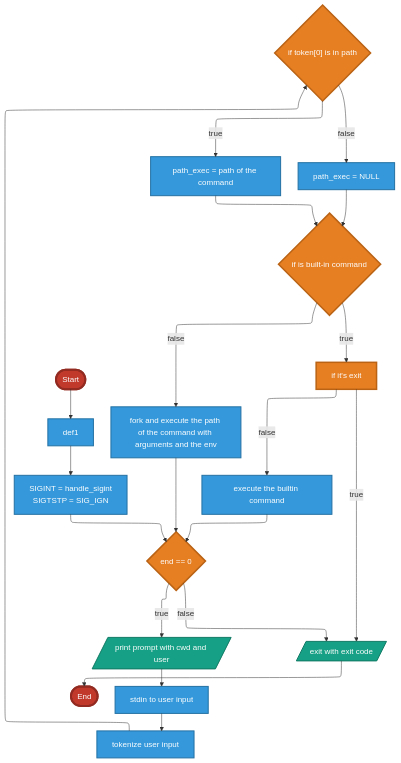
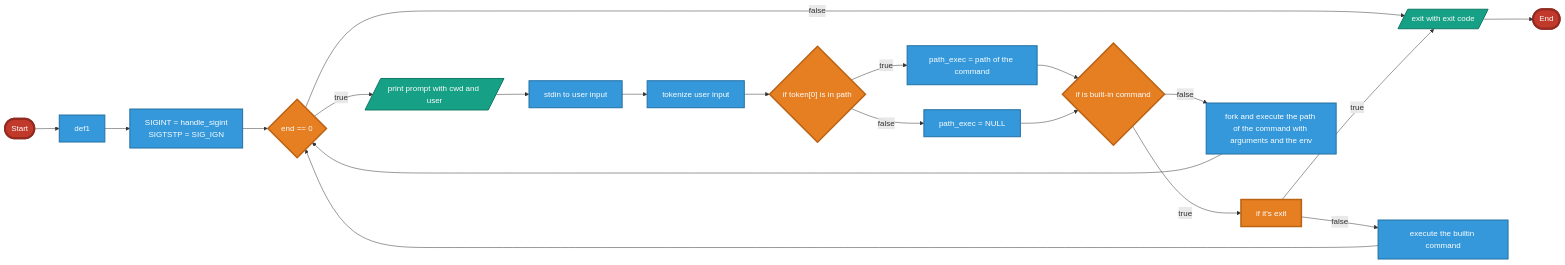
Before and after one commit to ylabate/holbertonschool-simple_shell: the diagram in FLOWCHART.md, drawn with Mermaid. The commit also changed 1 other file, not shown here.

Commit message:
fix: update flowchart direction from TB to LR for consistency

````diff
--- a/FLOWCHART.md
+++ b/FLOWCHART.md
@@ -1,39 +1,35 @@
 ```mermaid
----
-config:
-  layout: elk
----
-flowchart TB
+flowchart LR
     Start(["Start"]) --> def1["def1"]
     def1 --> def2["SIGINT = handle_sigint
     SIGTSTP = SIG_IGN"]
     def2 --> main_loop{"end == 0"}
     main_loop -- true --> prompt[/"print prompt with cwd and user"/]
     main_loop -- false --> exit[/"exit with exit code"/]
     exit --> End(["End"])
     prompt --> getline["stdin to user input"]
     getline --> tokenize["tokenize user input"]
     tokenize --> search_path{"if token[0] is in path"}
     search_path -- true --> path_exec1["path_exec = path of the command"]
     path_exec1 --> builtin{"if is built-in command"}
     search_path -- false --> path_exec2["path_exec = NULL"]
     path_exec2 --> builtin
     builtin -- true --> if_exit@{ label: "if it's exit" }
     if_exit -- true --> exit
     if_exit -- false --> exec_builtin["execute the builtin command"]
     exec_builtin --> main_loop
     builtin -- false --> exec_subprocess["fork and execute the path of the command with arguments and the env"]
     exec_subprocess --> main_loop
 
     if_exit@{ shape: rect}
     
     classDef startEnd fill:#C0392B,stroke:#922B21,color:#FDFEFE,stroke-width:4px
     classDef decision fill:#E67E22,stroke:#BA6315,color:#FDFEFE,stroke-width:3px
     classDef process fill:#3498DB,stroke:#2471A3,color:#FDFEFE,stroke-width:2px
     classDef io fill:#16A085,stroke:#117A65,color:#FDFEFE,stroke-width:2px
     
     class Start,End startEnd
     class main_loop,search_path,builtin,if_exit decision
     class def1,def2,getline,tokenize,path_exec1,path_exec2,exec_builtin,exec_subprocess process
     class prompt,exit io
 ```
````
